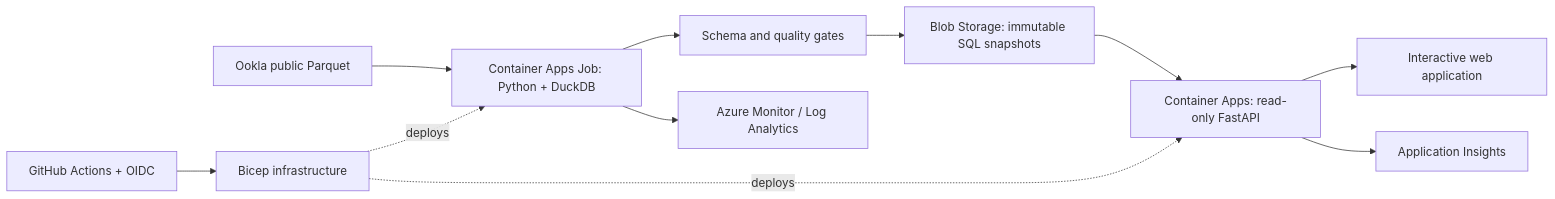
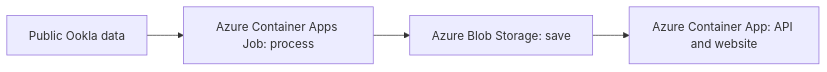
Before and after one commit to VictorCabaleiroValado/azure-operations-data-platform: the diagram in README.md, drawn with Mermaid. The commit also changed other lines of this file and 12 other files, not shown here.

Commit message:
Explain the Azure project in three steps and make Python readable

````diff
--- a/README.md
+++ b/README.md
@@ -67,13 +15,6 @@
 ```mermaid
 flowchart LR
-    O[Ookla public Parquet] --> J[Container Apps Job: Python + DuckDB]
-    J --> Q[Schema and quality gates]
-    Q --> B[Blob Storage: immutable SQL snapshots]
-    B --> A[Container Apps: read-only FastAPI]
-    A --> W[Interactive web application]
-    G[GitHub Actions + OIDC] --> I[Bicep infrastructure]
-    I -. deploys .-> J
-    I -. deploys .-> A
-    J --> M[Azure Monitor / Log Analytics]
-    A --> T[Application Insights]
+    O[Public Ookla data] --> J[Azure Container Apps Job: process]
+    J --> B[Azure Blob Storage: save]
+    B --> A[Azure Container App: API and website]
 ```
````
